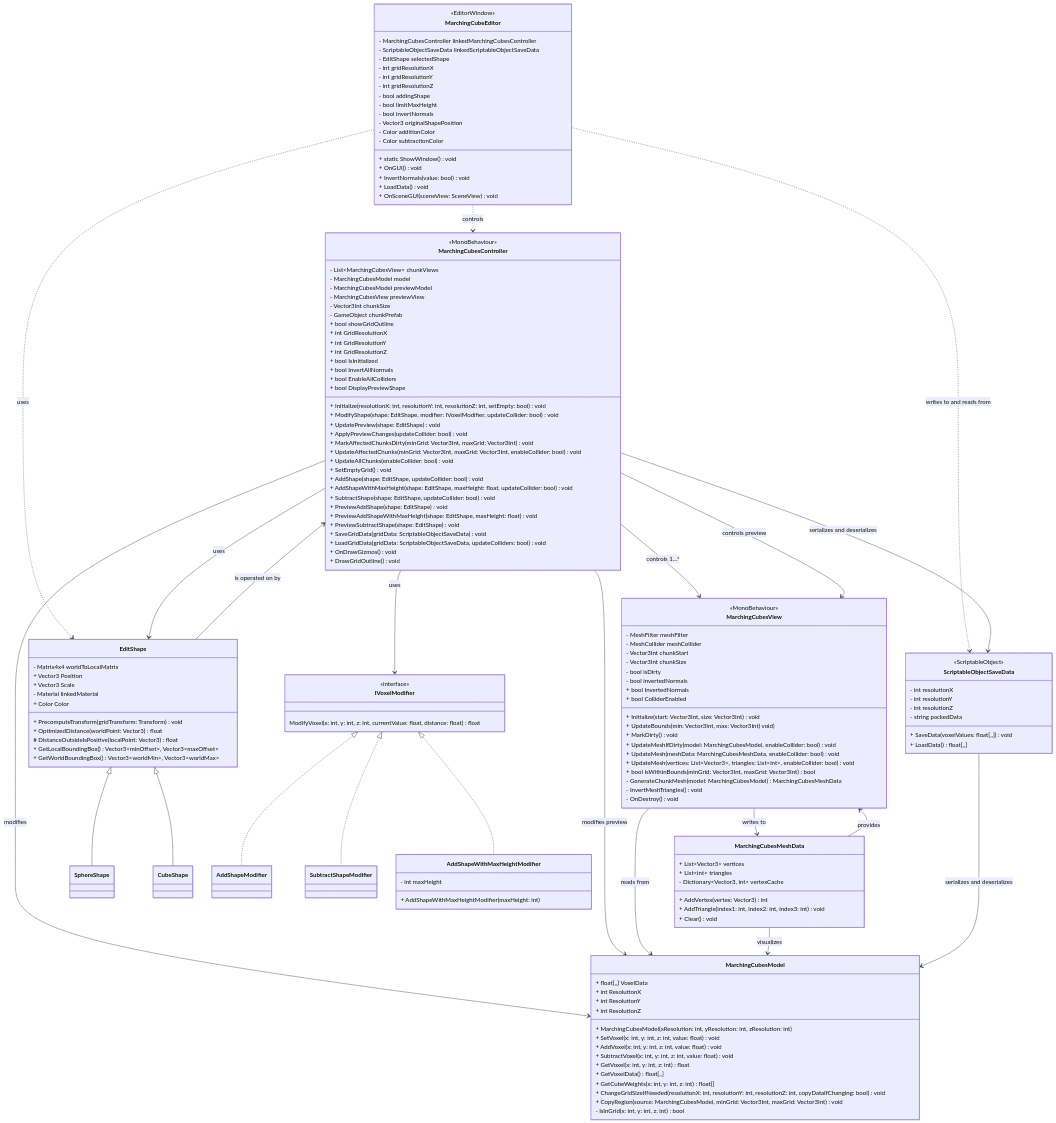
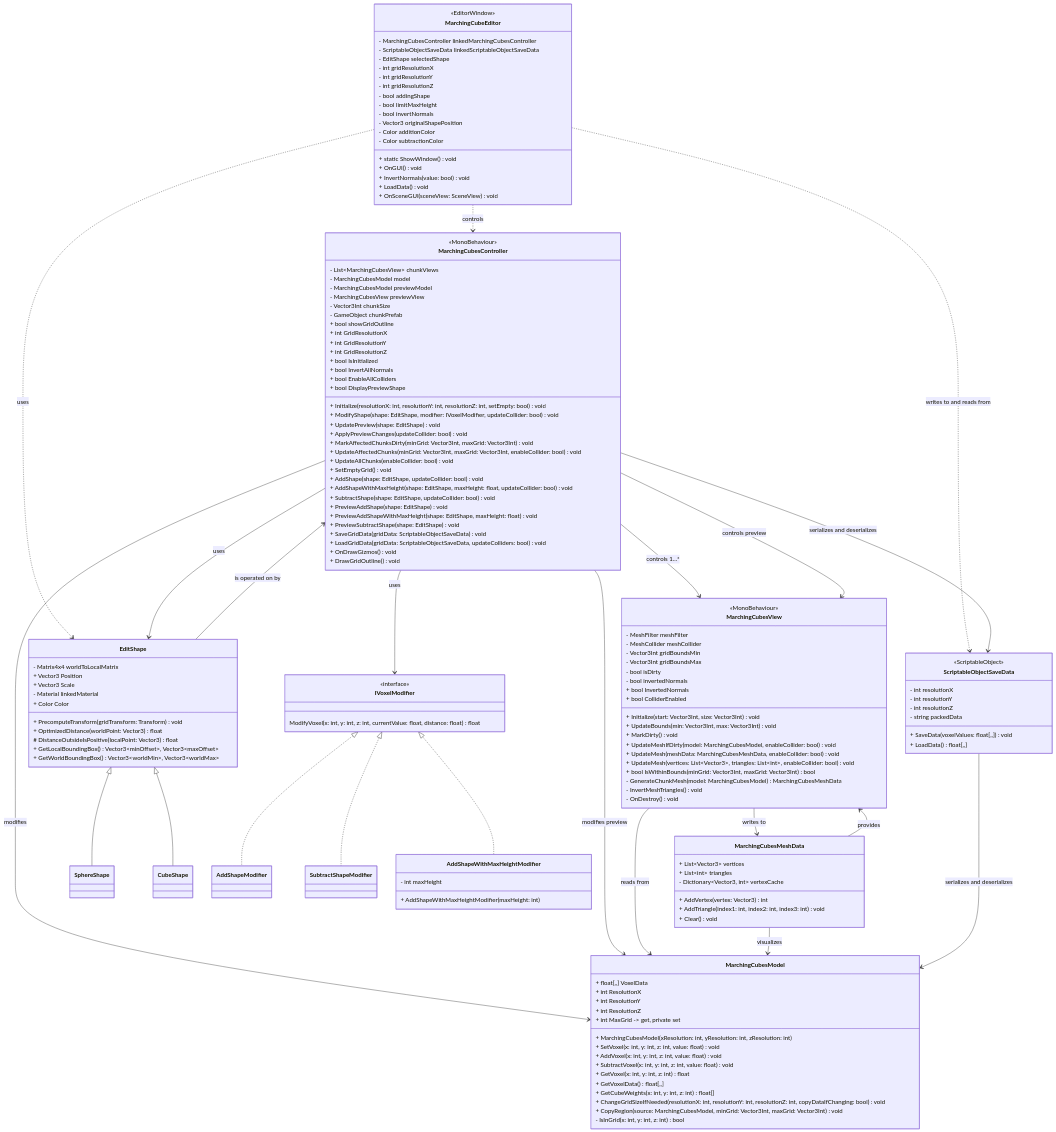
Before and after one commit to iffn/MarchingCubeEditorForUnity: the diagram in Documentation/UML/ClassDiagram/README.md, drawn with Mermaid.

Commit message:
Updated class diagram

```diff
--- a/Documentation/UML/ClassDiagram/README.md
+++ b/Documentation/UML/ClassDiagram/README.md
@@ -41,12 +41,12 @@
     class MarchingCubesView {
         - MeshFilter meshFilter
         - MeshCollider meshCollider
-        - Vector3Int chunkStart
-        - Vector3Int chunkSize
+        - Vector3Int gridBoundsMin
+        - Vector3Int gridBoundsMax
         - bool isDirty
         - bool invertedNormals
         + Initialize(start: Vector3Int, size: Vector3Int) void
-        + UpdateBounds(min: Vector3Int, max: Vector3Int) void)
+        + UpdateBounds(min: Vector3Int, max: Vector3Int) void
         + MarkDirty() void
         + UpdateMeshIfDirty(model: MarchingCubesModel, enableCollider: bool) void
         + UpdateMesh(meshData: MarchingCubesMeshData, enableCollider: bool) void
@@ -66,6 +66,7 @@
         + int ResolutionX
         + int ResolutionY
         + int ResolutionZ
+        + int MaxGrid -> get, private set
         + SetVoxel(x: int, y: int, z: int, value: float) void
         + AddVoxel(x: int, y: int, z: int, value: float) void
         + SubtractVoxel(x: int, y: int, z: int, value: float) void
```
